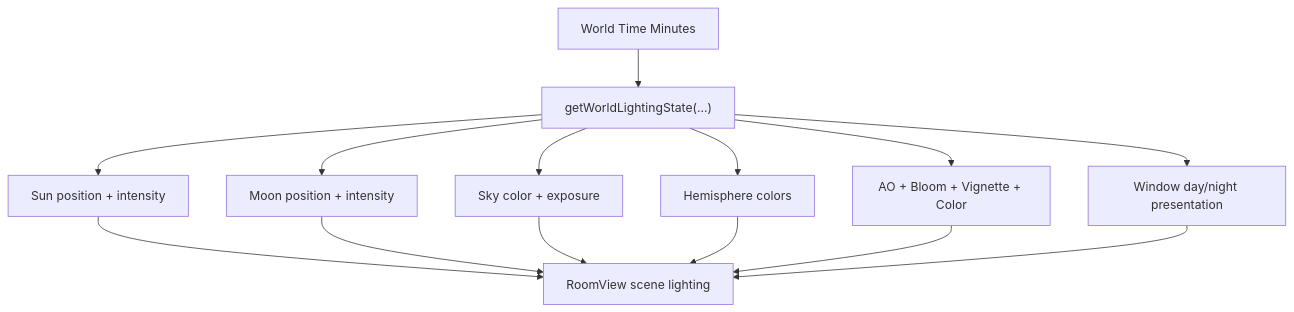
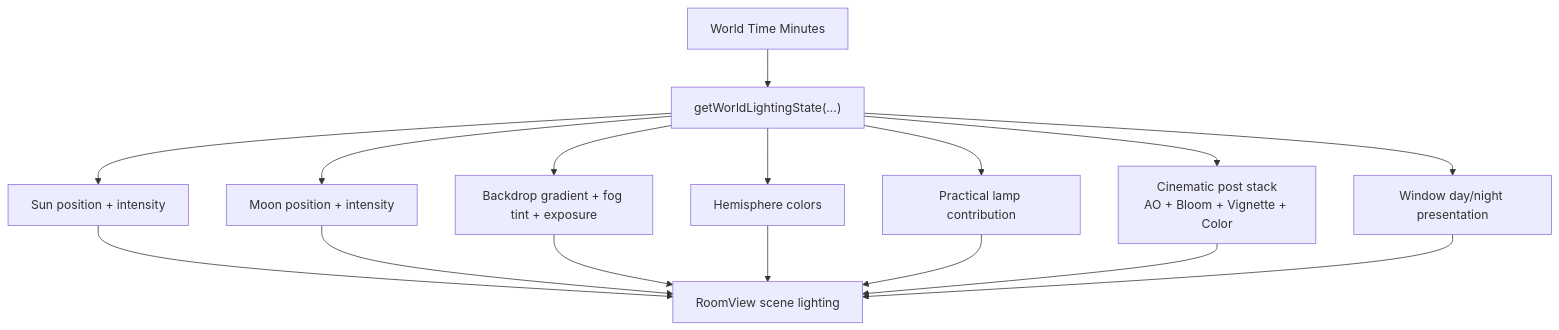
Before and after one commit to Erlavush/FAHHH: the fourth of 6 diagrams in docs/DIAGRAMS.md, drawn with Mermaid. The commit also changed 6 other files, not shown here.

````diff
--- a/docs/DIAGRAMS.md
+++ b/docs/DIAGRAMS.md
@@ -76,17 +76,19 @@
 ```mermaid
 flowchart TD
   Clock["World Time Minutes"] --> Lighting["getWorldLightingState(...)"]
   Lighting --> Sun["Sun position + intensity"]
   Lighting --> Moon["Moon position + intensity"]
-  Lighting --> Sky["Sky color + exposure"]
+  Lighting --> Backdrop["Backdrop gradient + fog tint + exposure"]
   Lighting --> Hemi["Hemisphere colors"]
-  Lighting --> Post["AO + Bloom + Vignette + Color"]
+  Lighting --> Lamps["Practical lamp contribution"]
+  Lighting --> Post["Cinematic post stack<br/>AO + Bloom + Vignette + Color"]
   Lighting --> Windows["Window day/night presentation"]
 
   Sun --> Scene["RoomView scene lighting"]
   Moon --> Scene
-  Sky --> Scene
+  Backdrop --> Scene
   Hemi --> Scene
+  Lamps --> Scene
   Post --> Scene
   Windows --> Scene
 ```
````
